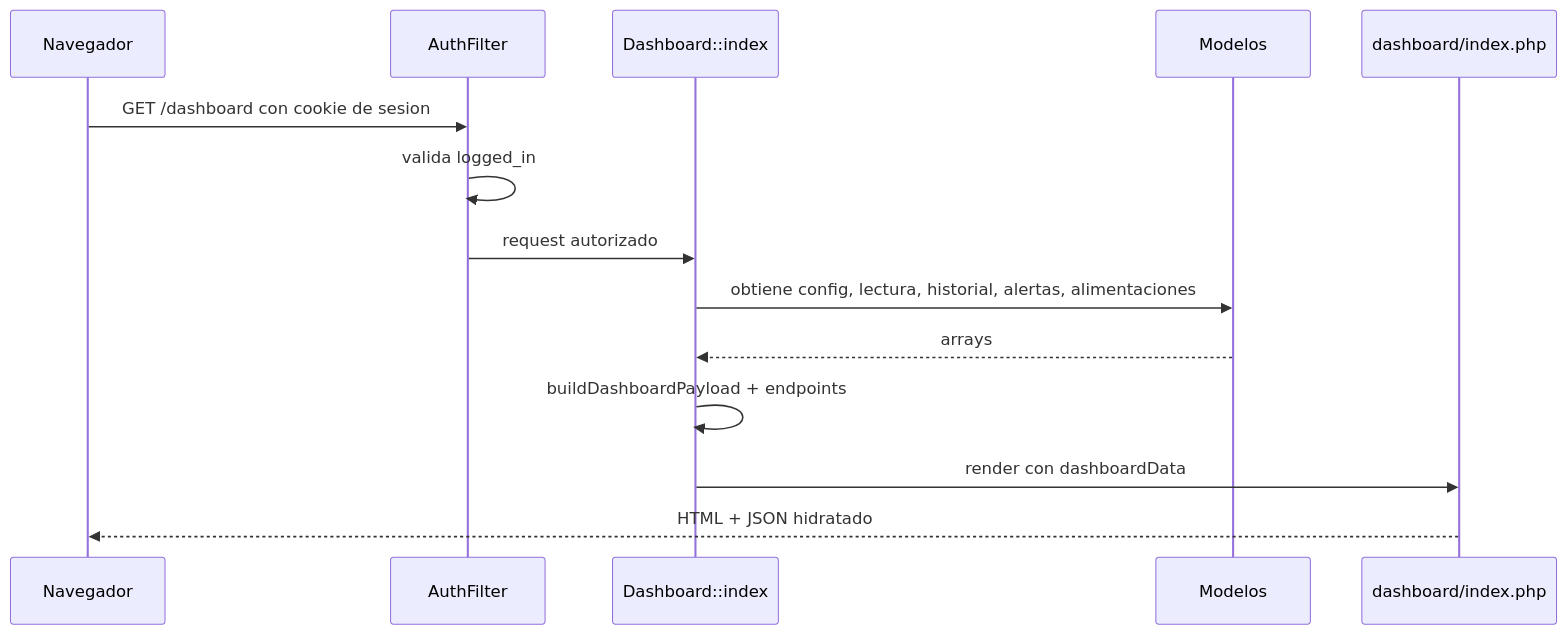
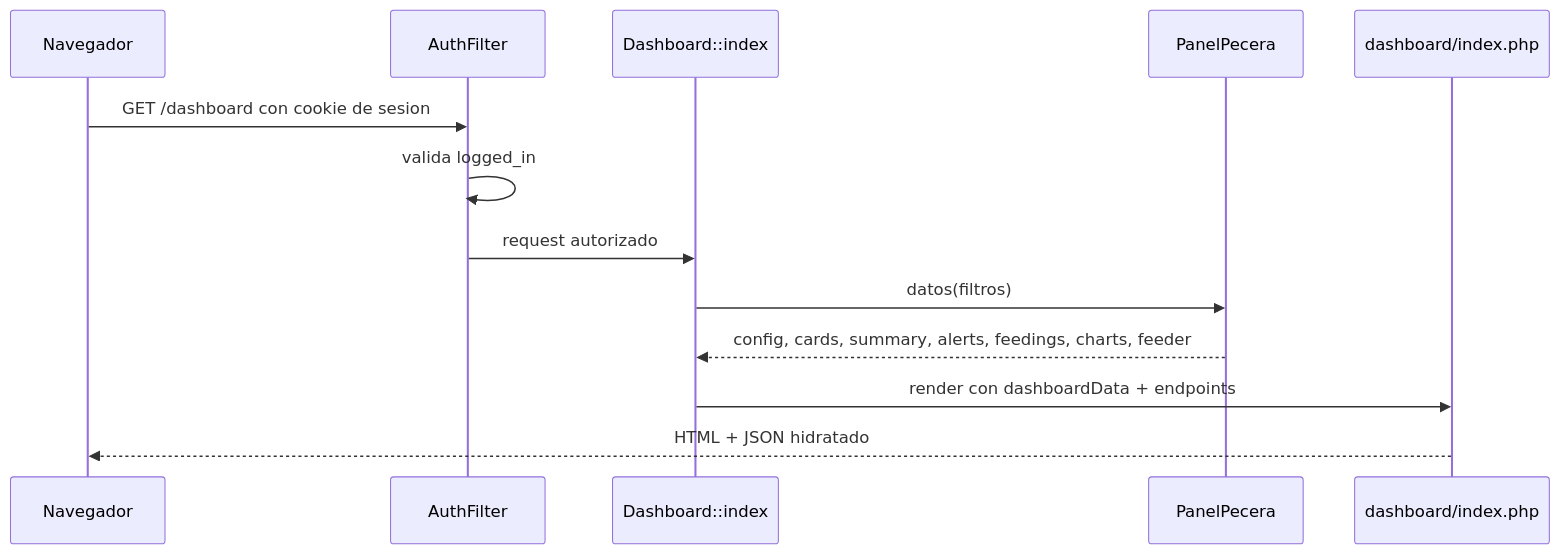
One commit to TuVieja22/AquaControl changed the fifth of 10 diagrams in BACKEND_DOCUMENTACION.md. Above: the diagram before and after it, drawn with Mermaid. The commit also changed other lines of this file and 10 other files, not shown here.

````diff
--- a/BACKEND_DOCUMENTACION.md
+++ b/BACKEND_DOCUMENTACION.md
@@ -918,16 +939,15 @@
 ```mermaid
 sequenceDiagram
     participant N as Navegador
     participant F as AuthFilter
     participant D as Dashboard::index
-    participant M as Modelos
+    participant P as PanelPecera
     participant V as dashboard/index.php
     N->>F: GET /dashboard con cookie de sesion
     F->>F: valida logged_in
     F->>D: request autorizado
-    D->>M: obtiene config, lectura, historial, alertas, alimentaciones
-    M-->>D: arrays
-    D->>D: buildDashboardPayload + endpoints
-    D->>V: render con dashboardData
+    D->>P: datos(filtros)
+    P-->>D: config, cards, summary, alerts, feedings, charts, feeder
+    D->>V: render con dashboardData + endpoints
     V-->>N: HTML + JSON hidratado
 ```
````
